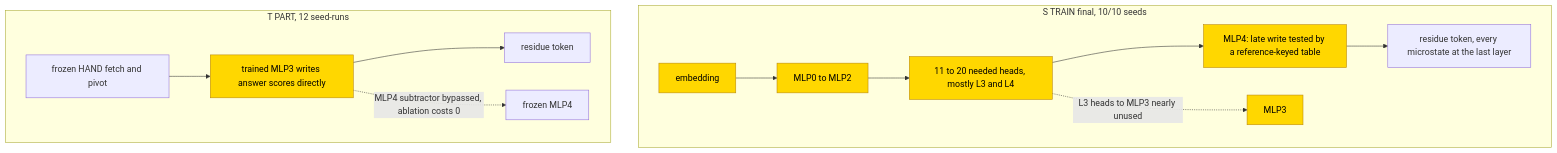
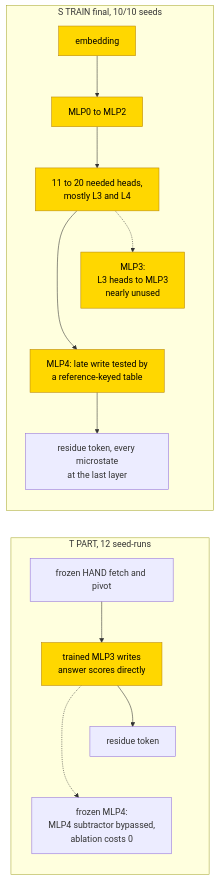
The second of 2 diagrams in entries/linear-systems-finite-fields.md (jc1122/mechanistic-interpretability-circuit-atlas), drawn with Mermaid before and after one commit. The commit also changed other lines of this file and 40 other files, not shown here.

First line of the commit message:
Cold-reader pass on all 41 entries: reading routes, first-screen scopes, accessible diagrams, verified headline sources (ux_reader1/2)

````diff
--- a/entries/linear-systems-finite-fields.md
+++ b/entries/linear-systems-finite-fields.md
@@ -202,17 +204,27 @@
 ```mermaid
 flowchart TD
+    accTitle: Late trained lookup and partly trained bypass
+    accDescr: The from-scratch route finishes arithmetic at the last layer; its reference-keyed output table is a sufficient readout only because complement resampling fails. The separate PART route trains only the bypass MLP and has a partial repair substitute with complement untested.
     subgraph TR["S TRAIN final, 10/10 seeds"]
+        direction TB
         E["embedding"] --> M02["MLP0 to MLP2"]
-        M02 --> H34["11 to 20 needed heads, mostly L3 and L4"]
-        H34 --> M4["MLP4: late write tested by a reference-keyed table"]
-        H34 -.->|"L3 heads to MLP3 nearly unused"| M3T["MLP3"]
-        M4 --> O["residue token, every microstate at the last layer"]
+        M02 --> H34["11 to 20 needed heads,<br/>mostly L3 and L4"]
+        H34 --> M4["MLP4: late write tested by<br/>a reference-keyed table"]
+        H34 -.-> M3T["MLP3:<br/>L3 heads to MLP3<br/>nearly unused"]
+        M4 --> O["residue token, every microstate<br/>at the last layer"]
+        %% Invisible link stacks branches; it is not a computational path.
+        M3T ~~~ M4
     end
     subgraph TP["T PART, 12 seed-runs"]
-        F["frozen HAND fetch and pivot"] --> M3P["trained MLP3 writes answer scores directly"]
+        direction TB
+        F["frozen HAND fetch and pivot"] --> M3P["trained MLP3 writes<br/>answer scores directly"]
         M3P --> OP["residue token"]
-        M3P -.->|"MLP4 subtractor bypassed, ablation costs 0"| M4P["frozen MLP4"]
+        M3P -.-> M4P["frozen MLP4:<br/>MLP4 subtractor bypassed,<br/>ablation costs 0"]
+        %% Invisible link stacks branches; it is not a computational path.
+        OP ~~~ M4P
     end
     classDef trained fill:gold,stroke:darkgoldenrod,color:black
+    %% Invisible edge stacks independent panels; it is not a computational path.
+    TR ~~~ TP
     class E,M02,H34,M4,M3T,M3P trained
 ```
````
